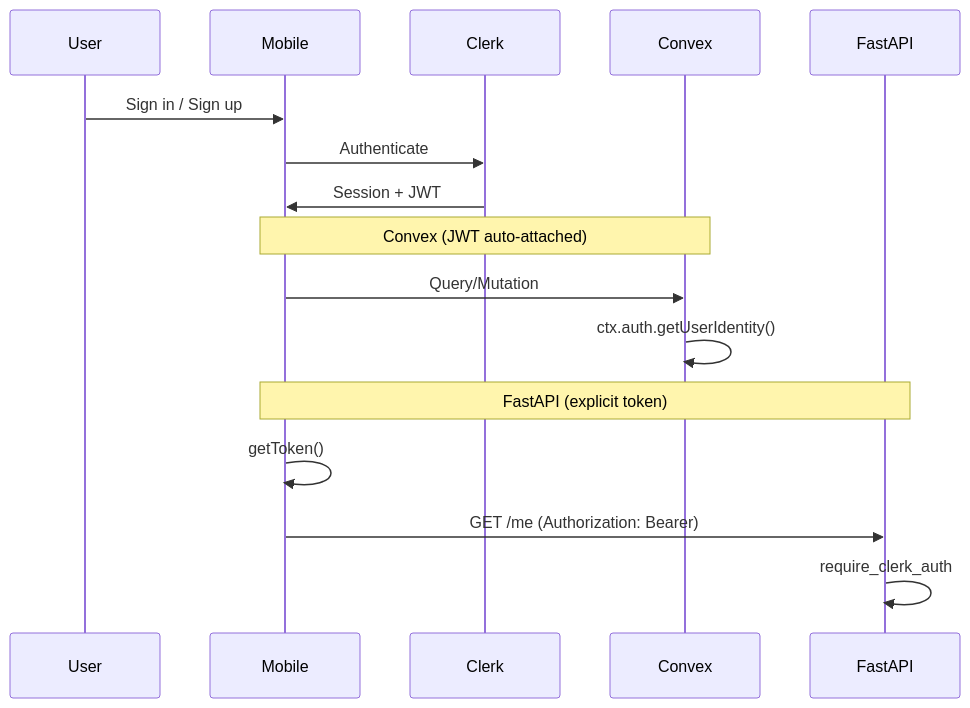
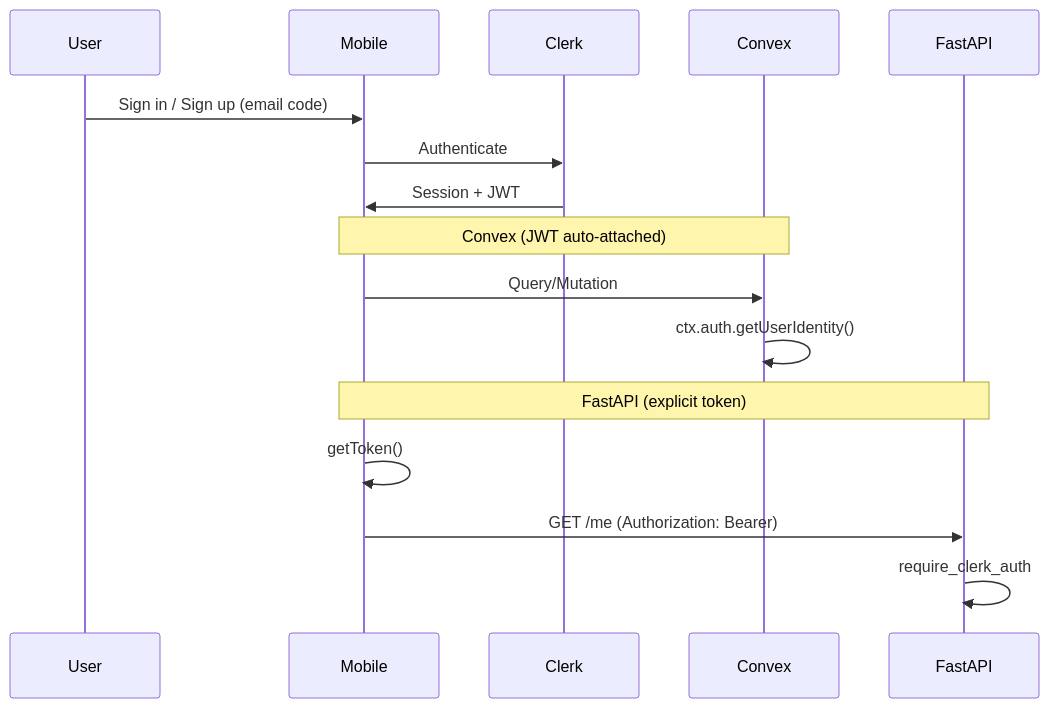
Before and after one commit to LukasStrickler/korb.guru: the diagram in .docs/guides/authentication.md, drawn with Mermaid. The commit also changed other lines of this file and 60 other files, not shown here.

````diff
--- a/.docs/guides/authentication.md
+++ b/.docs/guides/authentication.md
@@ -15,21 +15,21 @@
 ```mermaid
 sequenceDiagram
   participant User
   participant Mobile
   participant Clerk
   participant Convex
   participant FastAPI
 
-  User->>Mobile: Sign in / Sign up
+  User->>Mobile: Sign in / Sign up (email code)
   Mobile->>Clerk: Authenticate
   Clerk->>Mobile: Session + JWT
 
   Note over Mobile,Convex: Convex (JWT auto-attached)
   Mobile->>Convex: Query/Mutation
   Convex->>Convex: ctx.auth.getUserIdentity()
 
   Note over Mobile,FastAPI: FastAPI (explicit token)
   Mobile->>Mobile: getToken()
   Mobile->>FastAPI: GET /me (Authorization: Bearer)
   FastAPI->>FastAPI: require_clerk_auth
 ```
````
